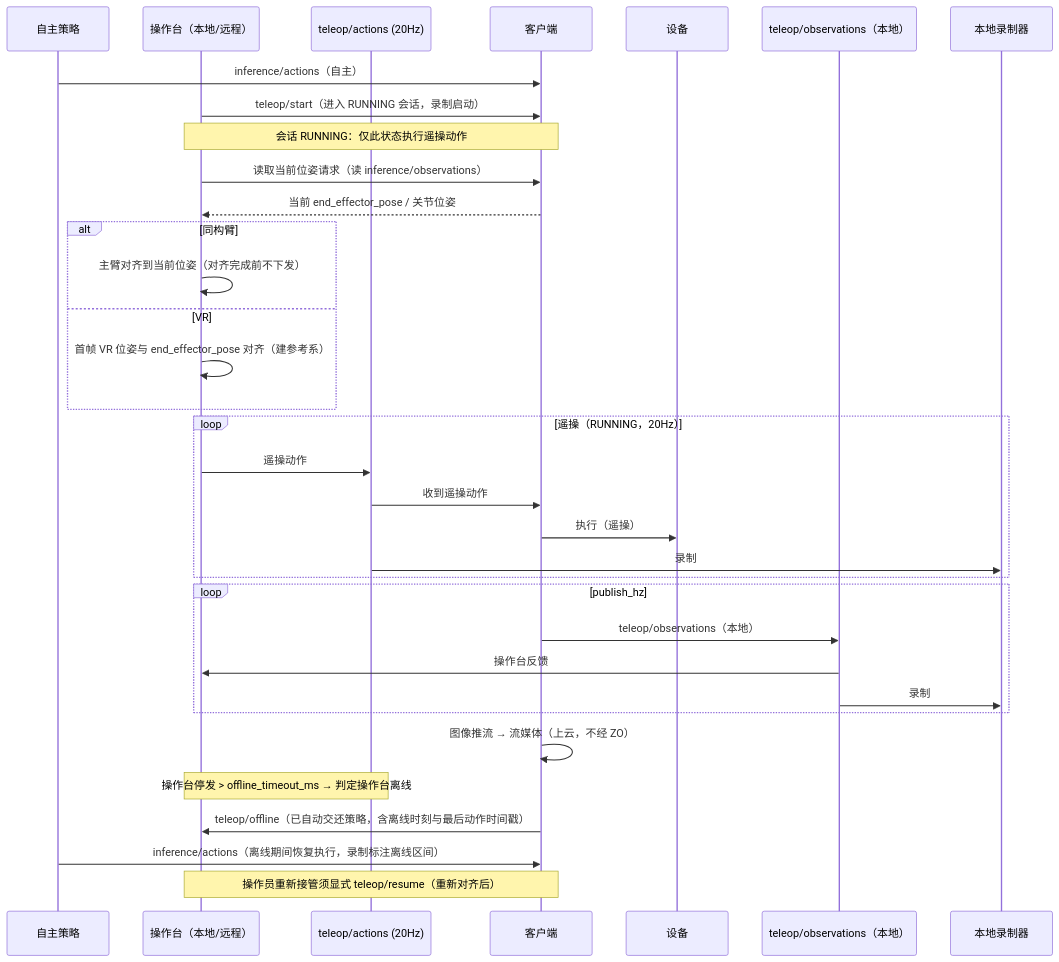
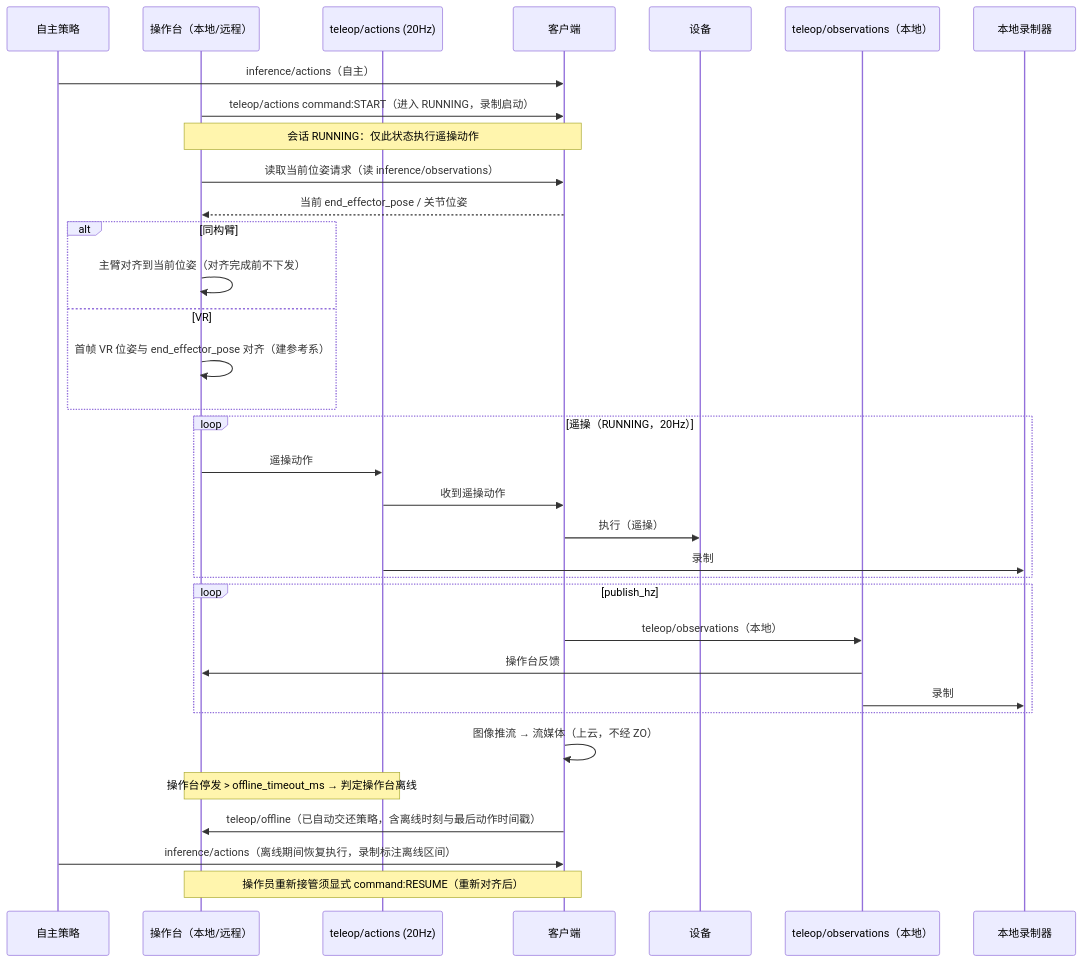
The diagram in docs/design/r2c-teleop-data-collection-design.md (vincentguiling/cloudrobo-sdk-client), drawn with Mermaid before and after one commit. The commit also changed other lines of this file, not shown here.

Commit message:
docs(design): v1.1——按管理面/console 研讨定案：动作统一话题（job/action+inference/actions 合并，生命周期用 command 字段）；遥操功能留在 r2c 包内

````diff
--- a/docs/design/r2c-teleop-data-collection-design.md
+++ b/docs/design/r2c-teleop-data-collection-design.md
@@ -144,37 +144,37 @@
 ```mermaid
 sequenceDiagram
     participant P as 自主策略
     participant O as 操作台（本地/远程）
     participant ZA as teleop/actions (20Hz)
     participant C as 客户端
     participant F as 设备
     participant ZO as teleop/observations（本地）
     participant R as 本地录制器
 
     P->>C: inference/actions（自主）
-    O->>C: teleop/start（进入 RUNNING 会话，录制启动）
+    O->>C: teleop/actions command:START（进入 RUNNING，录制启动）
     Note over O,C: 会话 RUNNING：仅此状态执行遥操动作
     O->>C: 读取当前位姿请求（读 inference/observations）
     C-->>O: 当前 end_effector_pose / 关节位姿
     alt 同构臂
         O->>O: 主臂对齐到当前位姿（对齐完成前不下发）
     else VR
         O->>O: 首帧 VR 位姿与 end_effector_pose 对齐（建参考系）
     end
     loop 遥操（RUNNING，20Hz）
         O->>ZA: 遥操动作
         ZA->>C: 收到遥操动作
         C->>F: 执行（遥操）
         ZA->>R: 录制
     end
     loop publish_hz
         C->>ZO: teleop/observations（本地）
         ZO->>O: 操作台反馈
         ZO->>R: 录制
     end
     C->>C: 图像推流 → 流媒体（上云，不经 ZO）
     Note over O,ZA: 操作台停发 > offline_timeout_ms → 判定操作台离线
     C->>O: teleop/offline（已自动交还策略，含离线时刻与最后动作时间戳）
     P->>C: inference/actions（离线期间恢复执行，录制标注离线区间）
-    Note over O,C: 操作员重新接管须显式 teleop/resume（重新对齐后）
+    Note over O,C: 操作员重新接管须显式 command:RESUME（重新对齐后）
 ```
````
